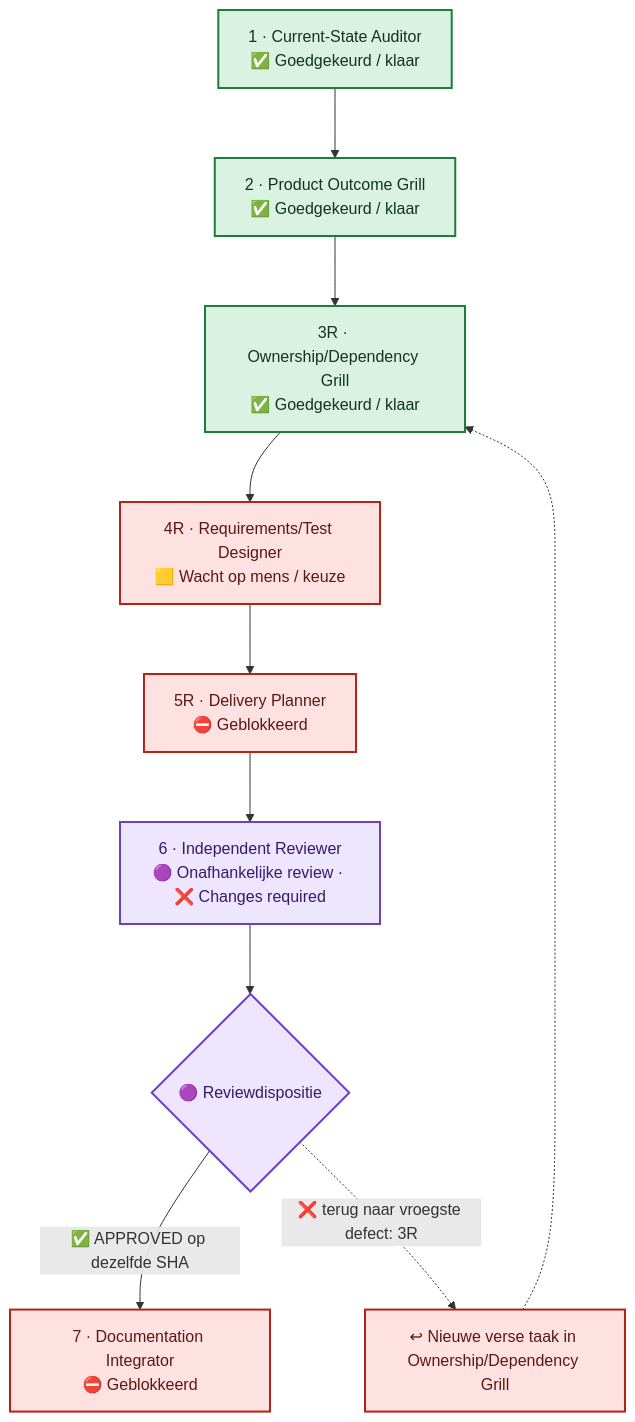
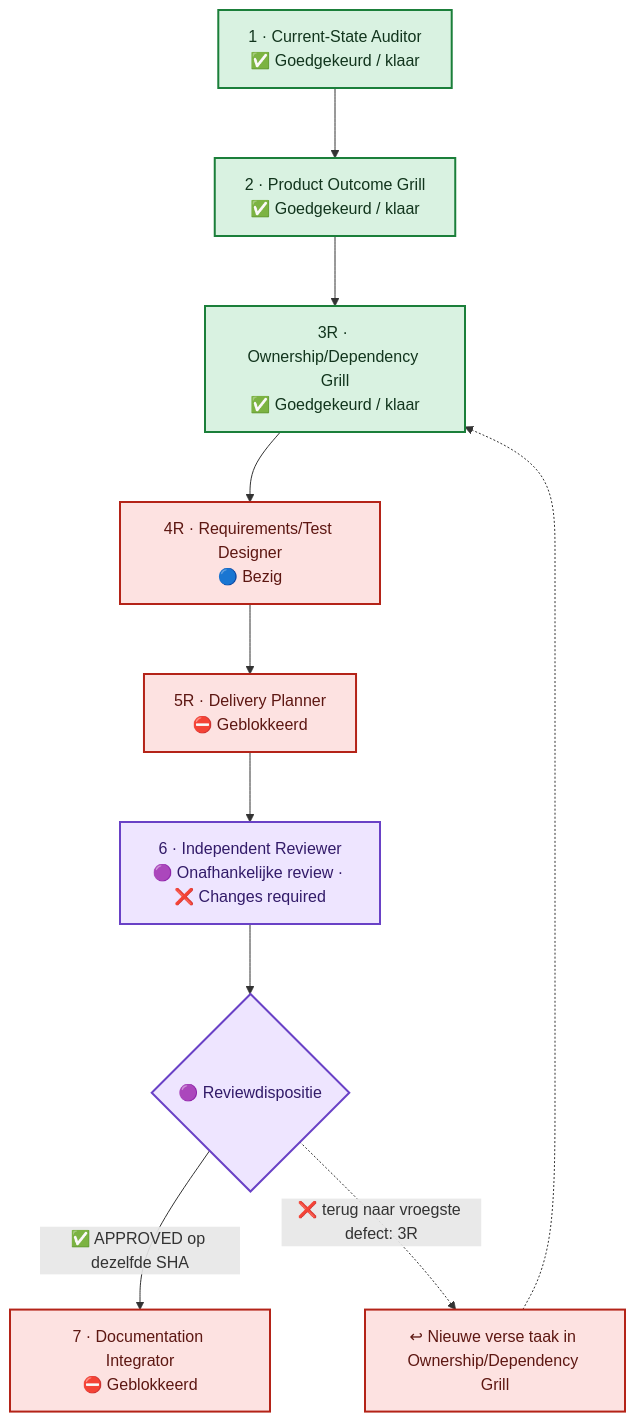
The first of 2 diagrams in README.md (Jandesch91/n1-bioforge-requirements-cockpit), drawn with Mermaid before and after one commit. The commit also changed other lines of this file and 4 other files, not shown here.

````diff
--- a/README.md
+++ b/README.md
@@ -19,26 +19,26 @@
 ```mermaid
 %%{init: {"flowchart": {"curve": "basis", "nodeSpacing": 60, "rankSpacing": 70, "htmlLabels": true}}}%%
 flowchart TB
     %% A vertical main lane prevents crossing arrows. The review return uses one side lane.
     phase_1["1 · Current-State Auditor<br/>✅ Goedgekeurd / klaar"]
     phase_2["2 · Product Outcome Grill<br/>✅ Goedgekeurd / klaar"]
     phase_3r["3R · Ownership/Dependency Grill<br/>✅ Goedgekeurd / klaar"]
-    phase_4r["4R · Requirements/Test Designer<br/>🟨 Wacht op mens / keuze"]
+    phase_4r["4R · Requirements/Test Designer<br/>🔵 Bezig"]
     phase_5r["5R · Delivery Planner<br/>⛔ Geblokkeerd"]
     phase_6["6 · Independent Reviewer<br/>🟣 Onafhankelijke review · ❌ Changes required"]
     phase_7["7 · Documentation Integrator<br/>⛔ Geblokkeerd"]
     phase_1 --> phase_2 --> phase_3r --> phase_4r --> phase_5r --> phase_6
     review_decision{"🟣 Reviewdispositie"}
     phase_6 --> review_decision
     review_decision -->|"✅ APPROVED op dezelfde SHA"| phase_7
     review_decision -.->|"❌ terug naar vroegste defect: 3R"| return_lane["↩ Nieuwe verse taak in Ownership/Dependency Grill"]
     return_lane -.-> phase_3r
     classDef approved fill:#D9F2E1,stroke:#1B7F3A,color:#12351D,stroke-width:2px
     classDef changes fill:#FDE2E1,stroke:#B42318,color:#5D1712,stroke-width:2px
     classDef blocked fill:#FDE2E1,stroke:#B42318,color:#5D1712,stroke-width:2px
     classDef review fill:#EEE5FF,stroke:#6941C6,color:#321B69,stroke-width:2px
     class phase_1,phase_2,phase_3r approved
     class phase_4r changes
     class phase_5r,phase_7,return_lane blocked
     class phase_6,review_decision review
 ```
````
